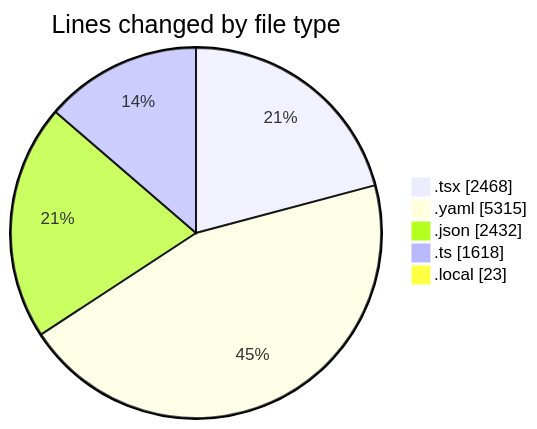
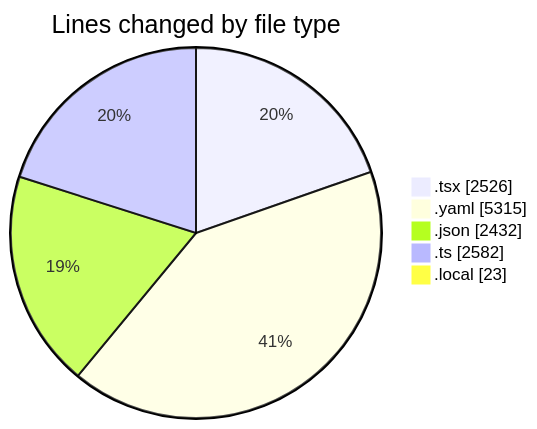
Before and after one commit to julien-gomy/code-tracking: the first of 2 diagrams in 2025-11-07/eventscop-frontend-guide__workspace_/README.md, drawn with Mermaid. The commit also changed other lines of this file and 1 other file, not shown here.

````diff
--- a/2025-11-07/eventscop-frontend-guide__workspace_/README.md
+++ b/2025-11-07/eventscop-frontend-guide__workspace_/README.md
@@ -55,9 +57,9 @@
 ```mermaid
 pie showData
 title Lines changed by file type
-".tsx" : 2468
+".tsx" : 2526
 ".yaml" : 5315
 ".json" : 2432
-".ts" : 1618
+".ts" : 2582
 ".local" : 23
 ```
````
